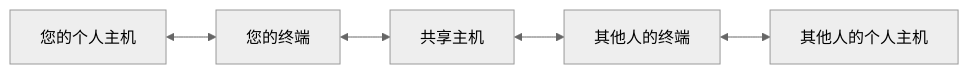
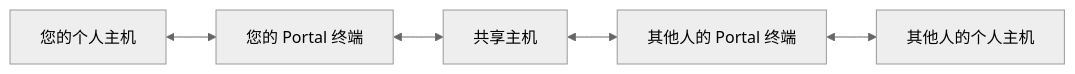
Before and after one commit to No-Trade-No-Life/Yuan: the diagram in ui/docs/i18n/zh-Hans/docusaurus-plugin-content-docs/current/protocol/network-layer.md, drawn with Mermaid (neutral theme). The commit also changed other lines of this file and 5 other files, not shown here.

````diff
--- a/ui/docs/i18n/zh-Hans/docusaurus-plugin-content-docs/current/protocol/network-layer.md
+++ b/ui/docs/i18n/zh-Hans/docusaurus-plugin-content-docs/current/protocol/network-layer.md
@@ -56,7 +165,7 @@
 ```mermaid
 graph LR
-    A[您的个人主机] <--> B[您的终端]
+    A[您的个人主机] <--> B[您的 Portal 终端]
     B <--> C[共享主机]
-    C <--> D[其他人的终端]
+    C <--> D[其他人的 Portal 终端]
     D <--> E[其他人的个人主机]
 ```
````
